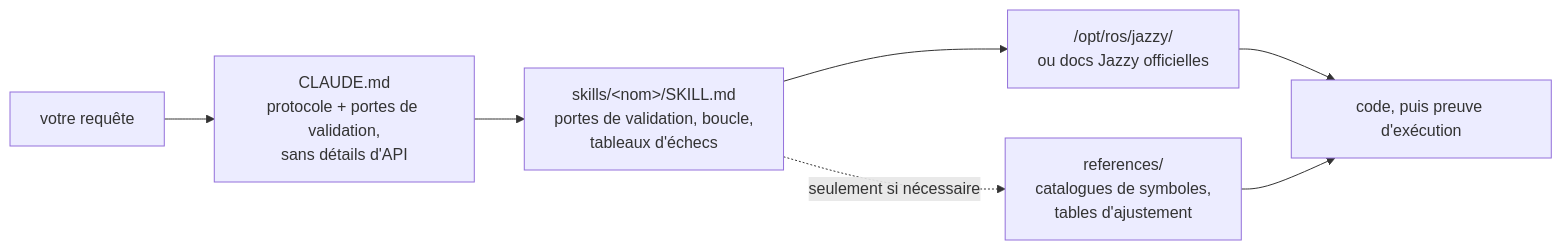
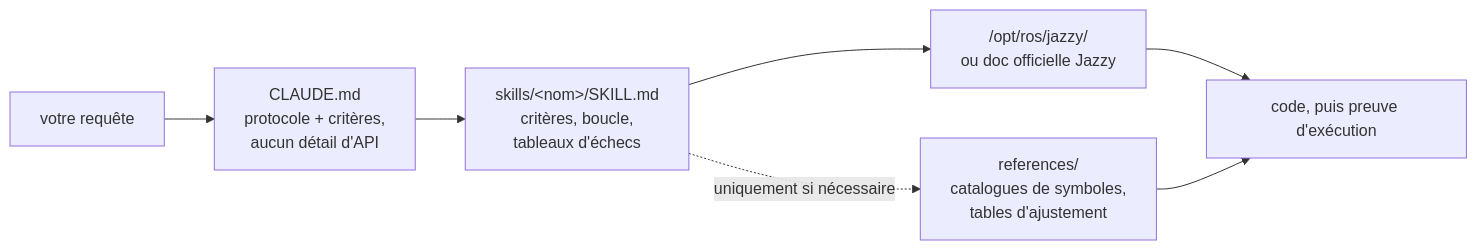
Before and after one commit to Leehyunbin0131/claude-ros2-skills: the diagram in README.fr.md, drawn with Mermaid. The commit also changed other lines of this file and 5 other files, not shown here.

Commit message:
docs: sync all translated READMEs with updated Evals and Roadmap in English README

````diff
--- a/README.fr.md
+++ b/README.fr.md
@@ -154,9 +178,9 @@
 ```mermaid
 flowchart LR
-    A["votre requête"] --> B["CLAUDE.md<br/>protocole + portes de validation,<br/>sans détails d'API"]
-    B --> C["skills/&lt;nom&gt;/SKILL.md<br/>portes de validation, boucle,<br/>tableaux d'échecs"]
-    C --> D["/opt/ros/jazzy/<br/>ou docs Jazzy officielles"]
-    C -.seulement si nécessaire.-> R["references/<br/>catalogues de symboles,<br/>tables d'ajustement"]
+    A["votre requête"] --> B["CLAUDE.md<br/>protocole + critères,<br/>aucun détail d'API"]
+    B --> C["skills/&lt;nom&gt;/SKILL.md<br/>critères, boucle,<br/>tableaux d'échecs"]
+    C --> D["/opt/ros/jazzy/<br/>ou doc officielle Jazzy"]
+    C -.uniquement si nécessaire.-> R["references/<br/>catalogues de symboles,<br/>tables d'ajustement"]
     D --> E["code, puis preuve d'exécution"]
     R --> E
 ```
````
